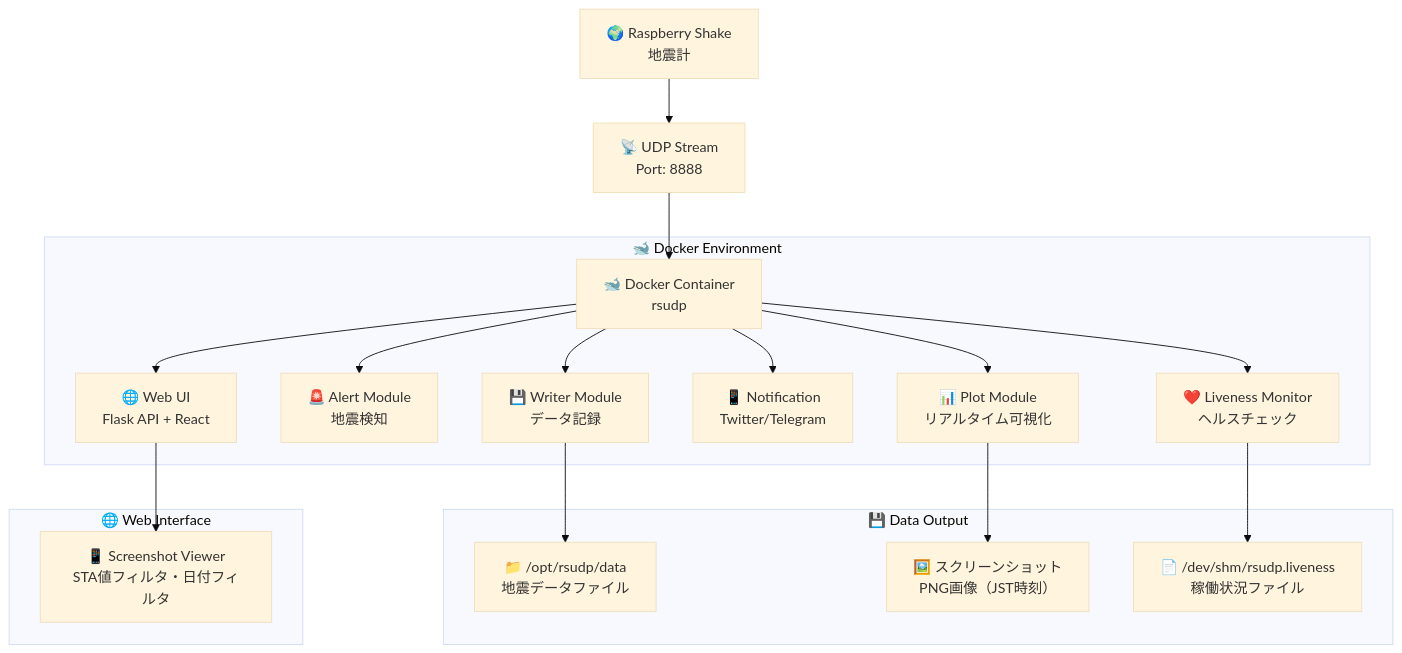
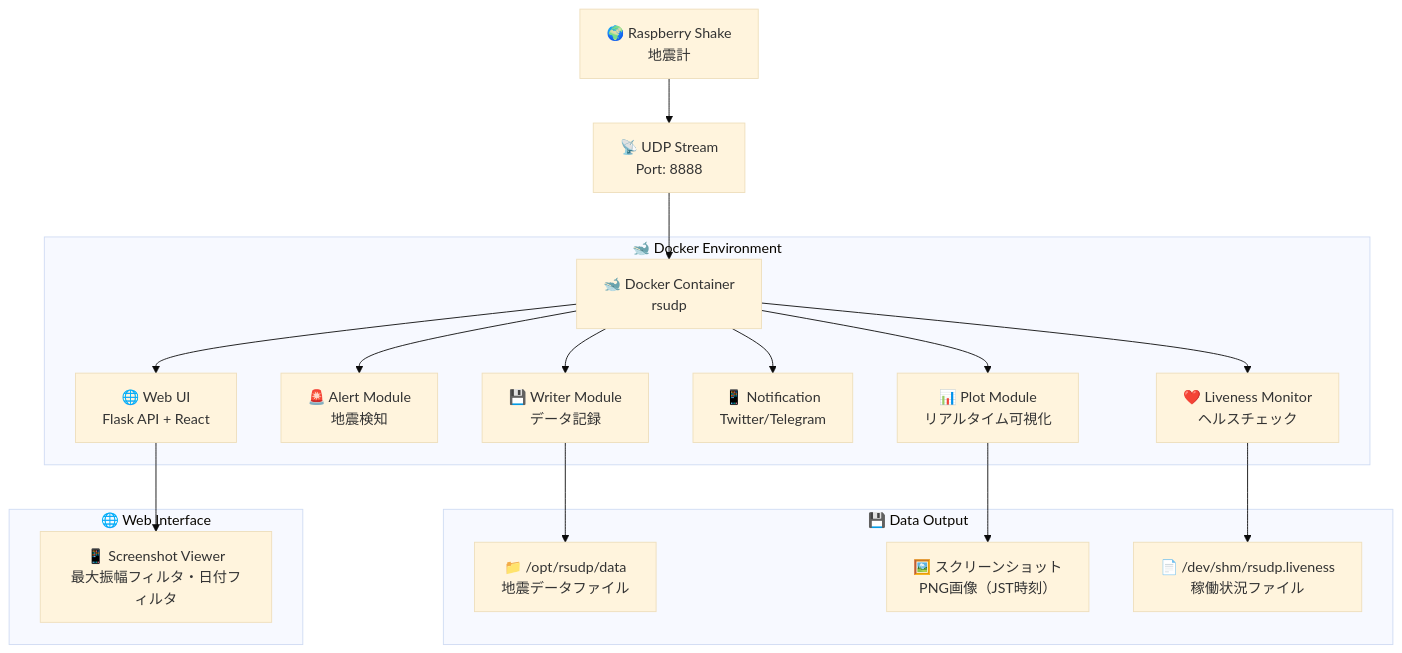
One commit to kimata/rsudp changed the diagram in README.md. Above: the diagram before and after it, drawn with Mermaid (base theme). The commit also changed other lines of this file, not shown here.

````diff
--- a/README.md
+++ b/README.md
@@ -51,36 +51,36 @@
 ```mermaid
 flowchart TD
     RS[🌍 Raspberry Shake<br/>地震計] --> UDP[📡 UDP Stream<br/>Port: 8888]
     UDP --> DC[🐋 Docker Container<br/>rsudp]
     DC --> PLOT[📊 Plot Module<br/>リアルタイム可視化]
     DC --> ALERT[🚨 Alert Module<br/>地震検知]
     DC --> WRITE[💾 Writer Module<br/>データ記録]
     DC --> NOTIF[📱 Notification<br/>Twitter/Telegram]
     DC --> WEBUI[🌐 Web UI<br/>Flask API + React]
     DC --> HEALTH[❤️ Liveness Monitor<br/>ヘルスチェック]
 
     WRITE --> OUTPUT[📁 /opt/rsudp/data<br/>地震データファイル]
     PLOT --> IMGS[🖼️ スクリーンショット<br/>PNG画像（JST時刻）]
-    WEBUI --> VIEWER[📱 Screenshot Viewer<br/>STA値フィルタ・日付フィルタ]
+    WEBUI --> VIEWER[📱 Screenshot Viewer<br/>最大振幅フィルタ・日付フィルタ]
     HEALTH --> STATUS[📄 /dev/shm/rsudp.liveness<br/>稼働状況ファイル]
 
     subgraph "🐋 Docker Environment"
         DC
         PLOT
         ALERT
         WRITE
         NOTIF
         WEBUI
         HEALTH
     end
 
     subgraph "💾 Data Output"
         OUTPUT
         IMGS
         STATUS
     end
 
     subgraph "🌐 Web Interface"
         VIEWER
     end
 ```
````
